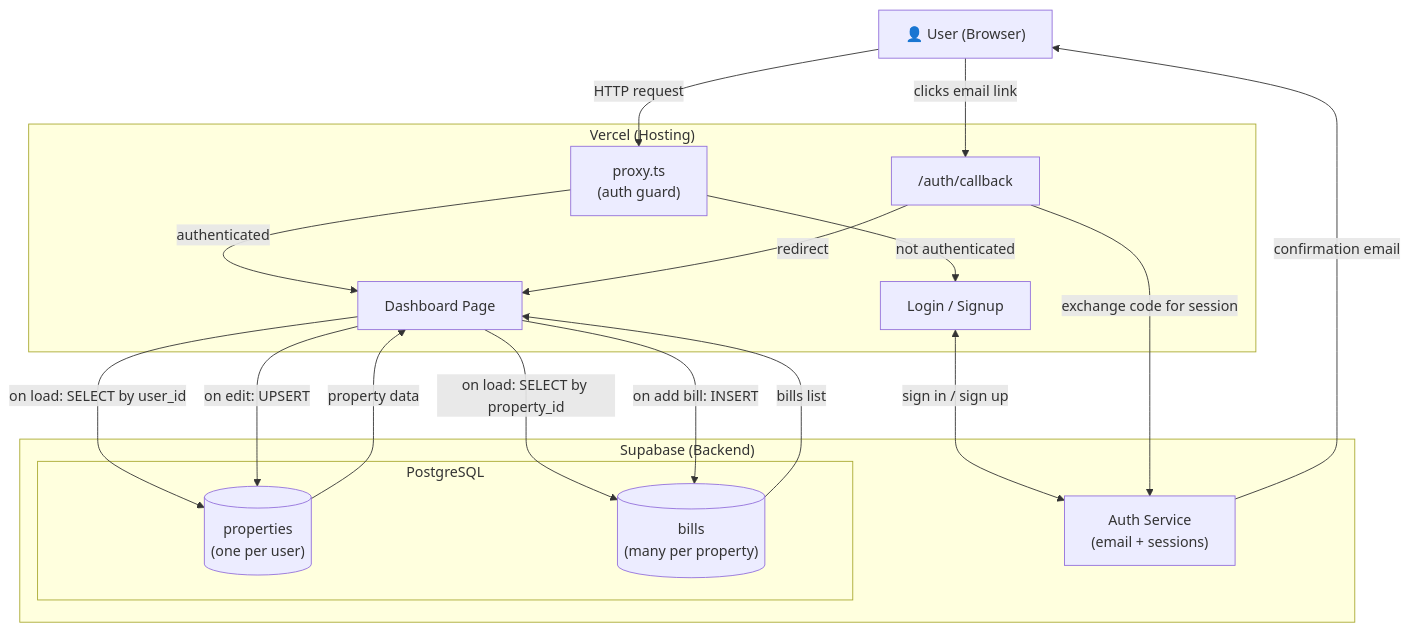
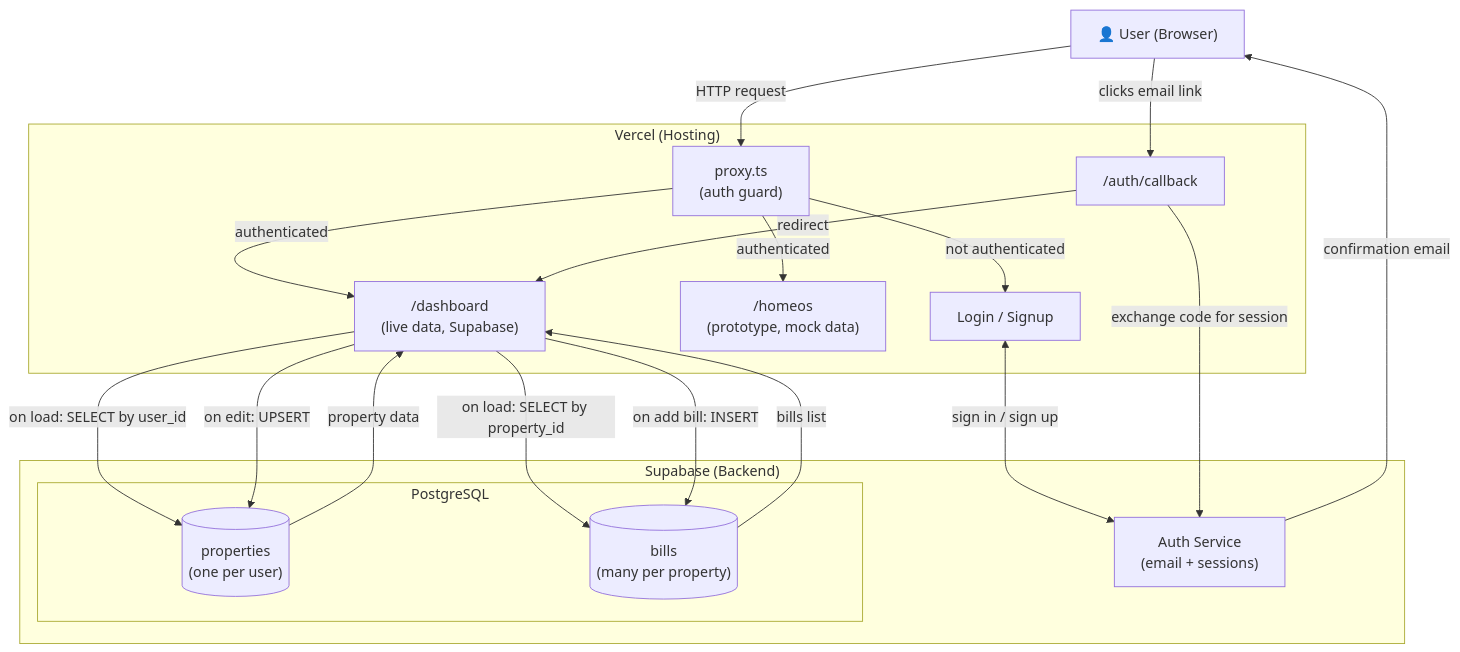
The first of 4 diagrams in ARCHITECTURE.md (home-os-713/dash), drawn with Mermaid before and after one commit. The commit also changed other lines of this file and 1 other file, not shown here.

Commit message:
Update ARCHITECTURE.md and PARTNER_BRIEFING.md to reflect /homeos page and new dependencies

````diff
--- a/ARCHITECTURE.md
+++ b/ARCHITECTURE.md
@@ -24,34 +29,36 @@
 ```mermaid
 graph TD
     User["👤 User (Browser)"]
 
     subgraph Vercel["Vercel (Hosting)"]
         Proxy["proxy.ts\n(auth guard)"]
-        Dashboard["Dashboard Page"]
+        Dashboard["/dashboard\n(live data, Supabase)"]
+        HomeOS["/homeos\n(prototype, mock data)"]
         AuthCallback["/auth/callback"]
         LoginSignup["Login / Signup"]
     end
 
     subgraph Supabase["Supabase (Backend)"]
         Auth["Auth Service\n(email + sessions)"]
         subgraph DB["PostgreSQL"]
             Props[("properties\n(one per user)")]
             Bills[("bills\n(many per property)")]
         end
     end
 
     User -->|"HTTP request"| Proxy
     Proxy -->|"authenticated"| Dashboard
+    Proxy -->|"authenticated"| HomeOS
     Proxy -->|"not authenticated"| LoginSignup
     Dashboard -->|"on load: SELECT by user_id"| Props
     Dashboard -->|"on load: SELECT by property_id"| Bills
     Dashboard -->|"on edit: UPSERT"| Props
     Dashboard -->|"on add bill: INSERT"| Bills
     Props -->|"property data"| Dashboard
     Bills -->|"bills list"| Dashboard
     LoginSignup <-->|"sign in / sign up"| Auth
     Auth -->|"confirmation email"| User
     User -->|"clicks email link"| AuthCallback
     AuthCallback -->|"exchange code for session"| Auth
     AuthCallback -->|"redirect"| Dashboard
 ```
````
